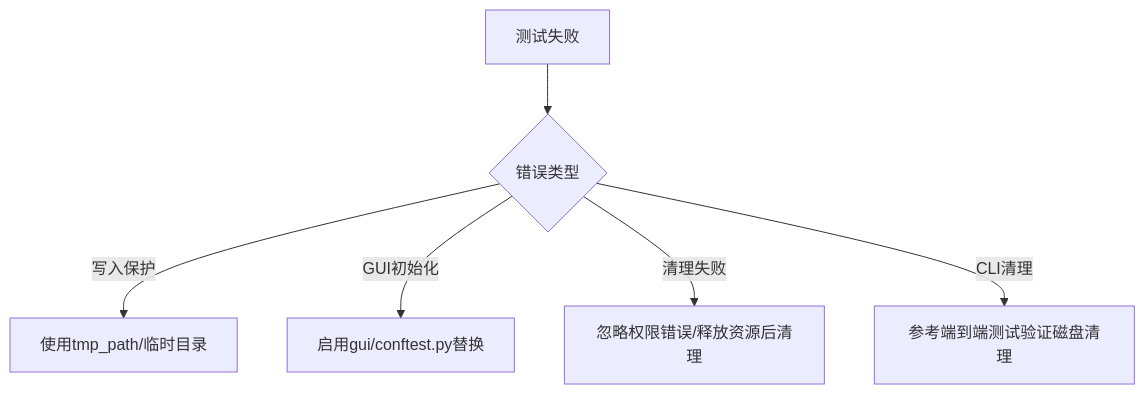
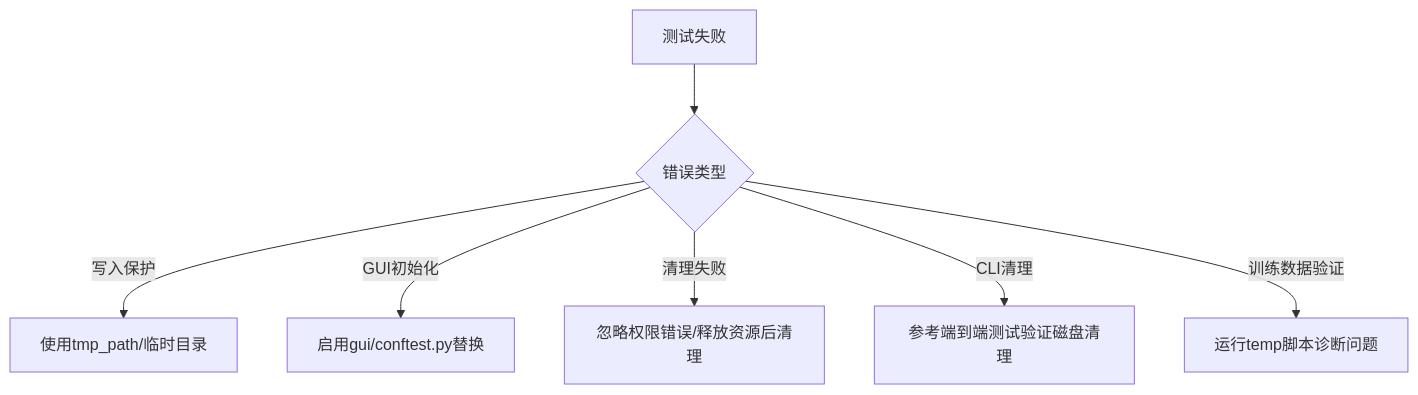
The tenth of 10 diagrams in .qoder/repowiki/zh/content/测试文档/测试自动化.md (nanhao/gomoku), drawn with Mermaid before and after one commit. The commit also changed other lines of this file and 11 other files, not shown here.

````diff
--- a/.qoder/repowiki/zh/content/测试文档/测试自动化.md
+++ b/.qoder/repowiki/zh/content/测试文档/测试自动化.md
@@ -346,8 +418,9 @@
 ```mermaid
 flowchart TD
 A["测试失败"] --> B{"错误类型"}
 B --> |写入保护| C["使用tmp_path/临时目录"]
 B --> |GUI初始化| D["启用gui/conftest.py替换"]
 B --> |清理失败| E["忽略权限错误/释放资源后清理"]
 B --> |CLI清理| F["参考端到端测试验证磁盘清理"]
+B --> |训练数据验证| G["运行temp脚本诊断问题"]
 ```
````
